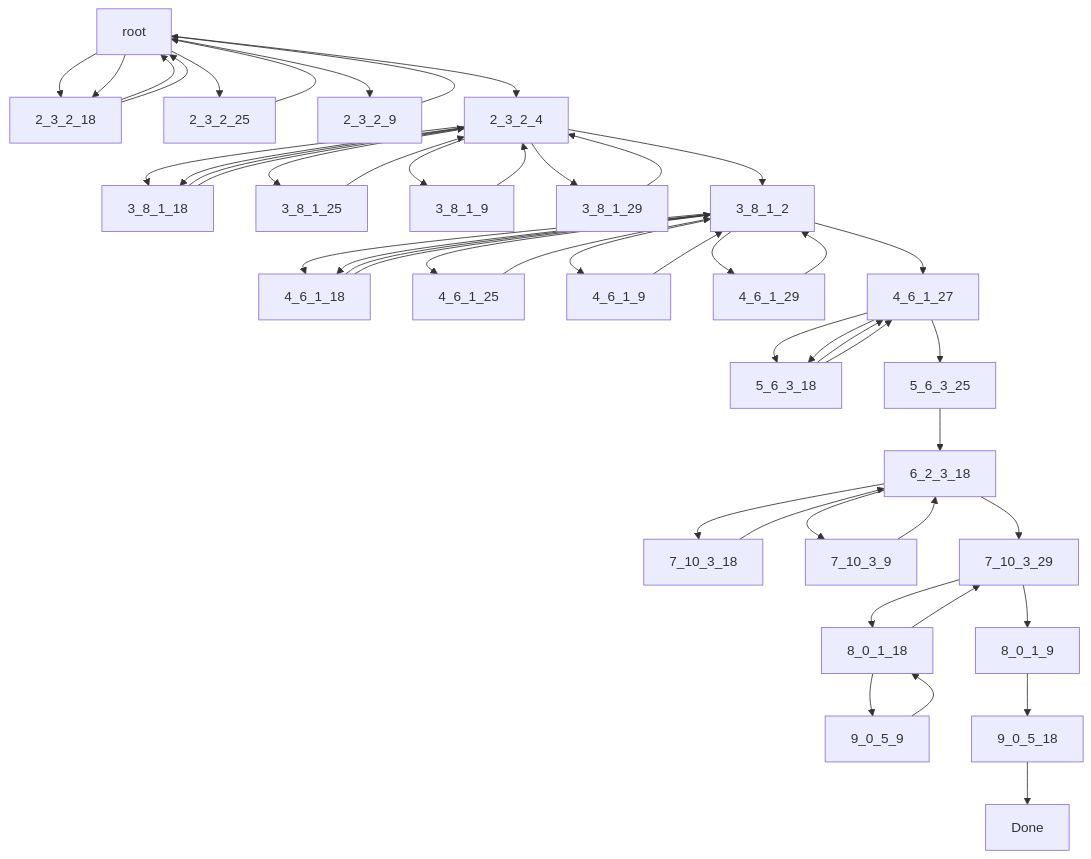
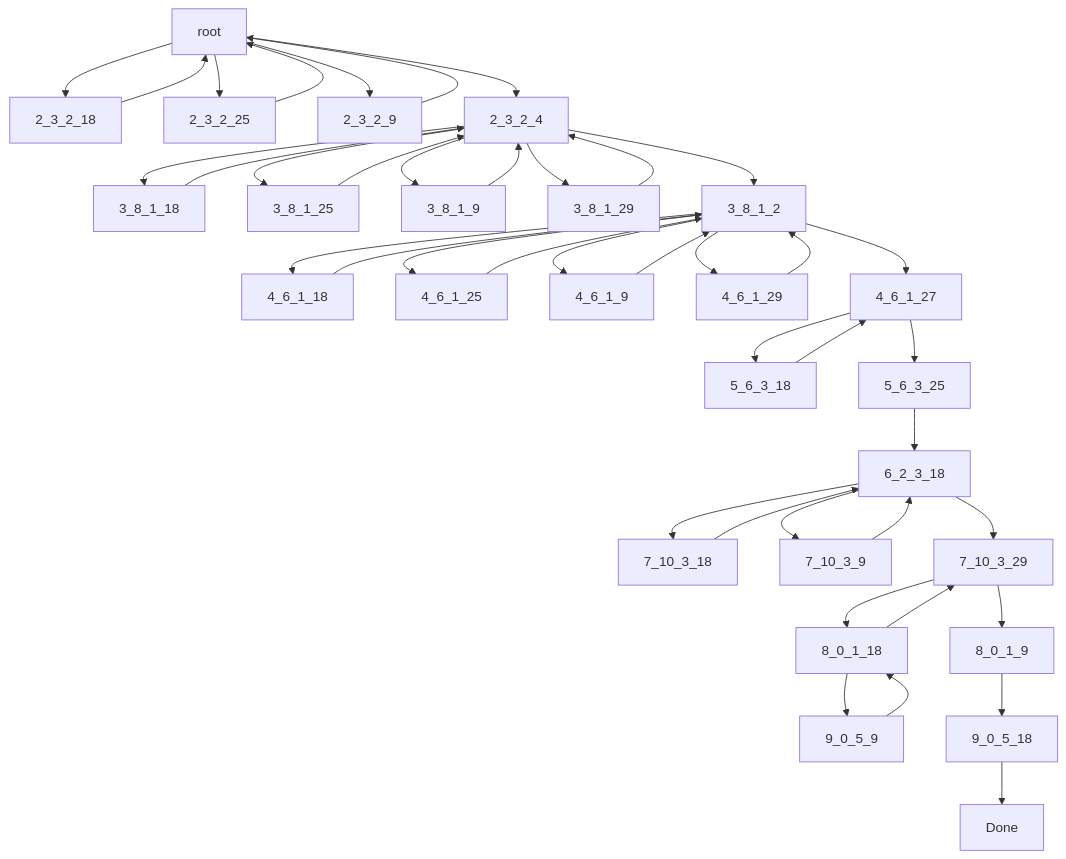
The second of 5 diagrams in README.md (buildcomplete/YT-autoplay-cross-math), drawn with Mermaid before and after one commit. The commit also changed other lines of this file and 2 other files, not shown here.

````diff
--- a/README.md
+++ b/README.md
@@ -147,52 +147,43 @@
 ```mermaid
 flowchart TD
-root-->2_3_2_18
-2_3_2_18-->root
 root-->2_3_2_18
 2_3_2_18-->root
 root-->2_3_2_25
 2_3_2_25-->root
 root-->2_3_2_9
 2_3_2_9-->root
 root-->2_3_2_4
-2_3_2_4-->3_8_1_18
-3_8_1_18-->2_3_2_4
 2_3_2_4-->3_8_1_18
 3_8_1_18-->2_3_2_4
 2_3_2_4-->3_8_1_25
 3_8_1_25-->2_3_2_4
 2_3_2_4-->3_8_1_9
 3_8_1_9-->2_3_2_4
 2_3_2_4-->3_8_1_29
 3_8_1_29-->2_3_2_4
 2_3_2_4-->3_8_1_2
 3_8_1_2-->4_6_1_18
 4_6_1_18-->3_8_1_2
-3_8_1_2-->4_6_1_18
-4_6_1_18-->3_8_1_2
 3_8_1_2-->4_6_1_25
 4_6_1_25-->3_8_1_2
 3_8_1_2-->4_6_1_9
 4_6_1_9-->3_8_1_2
 3_8_1_2-->4_6_1_29
 4_6_1_29-->3_8_1_2
 3_8_1_2-->4_6_1_27
-4_6_1_27-->5_6_3_18
-5_6_3_18-->4_6_1_27
 4_6_1_27-->5_6_3_18
 5_6_3_18-->4_6_1_27
 4_6_1_27-->5_6_3_25
 5_6_3_25-->6_2_3_18
 6_2_3_18-->7_10_3_18
 7_10_3_18-->6_2_3_18
 6_2_3_18-->7_10_3_9
 7_10_3_9-->6_2_3_18
 6_2_3_18-->7_10_3_29
 7_10_3_29-->8_0_1_18
 8_0_1_18-->9_0_5_9
 9_0_5_9-->8_0_1_18
 8_0_1_18-->7_10_3_29
 7_10_3_29-->8_0_1_9
 8_0_1_9-->9_0_5_18-->Done
-
 ```
````
